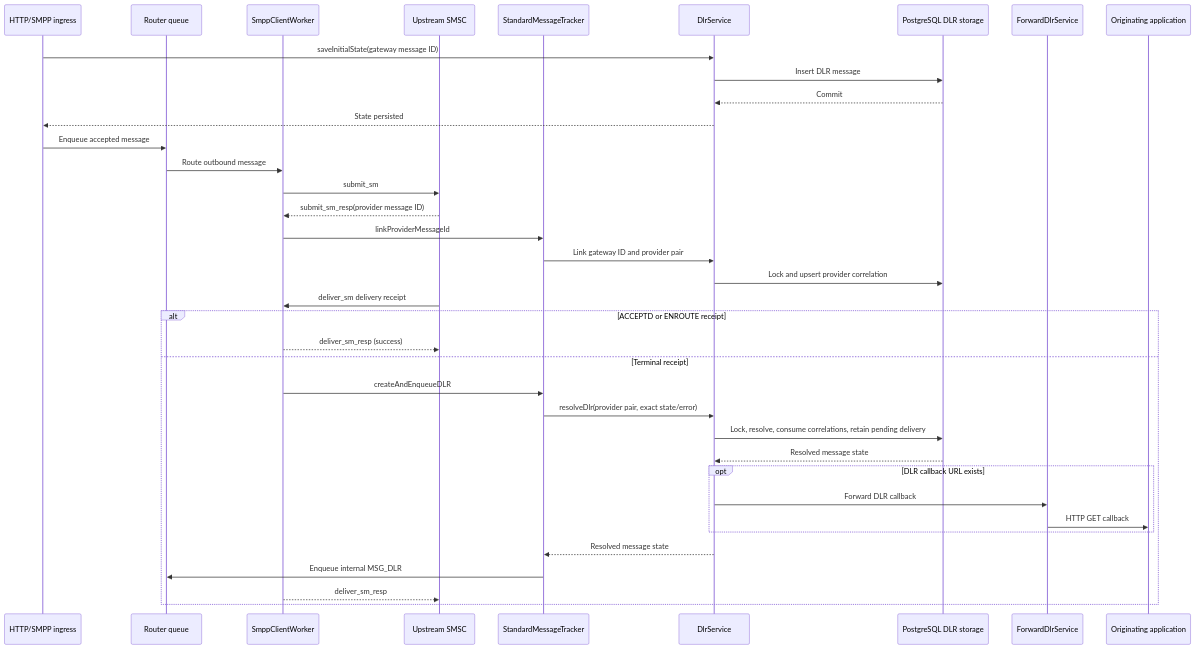
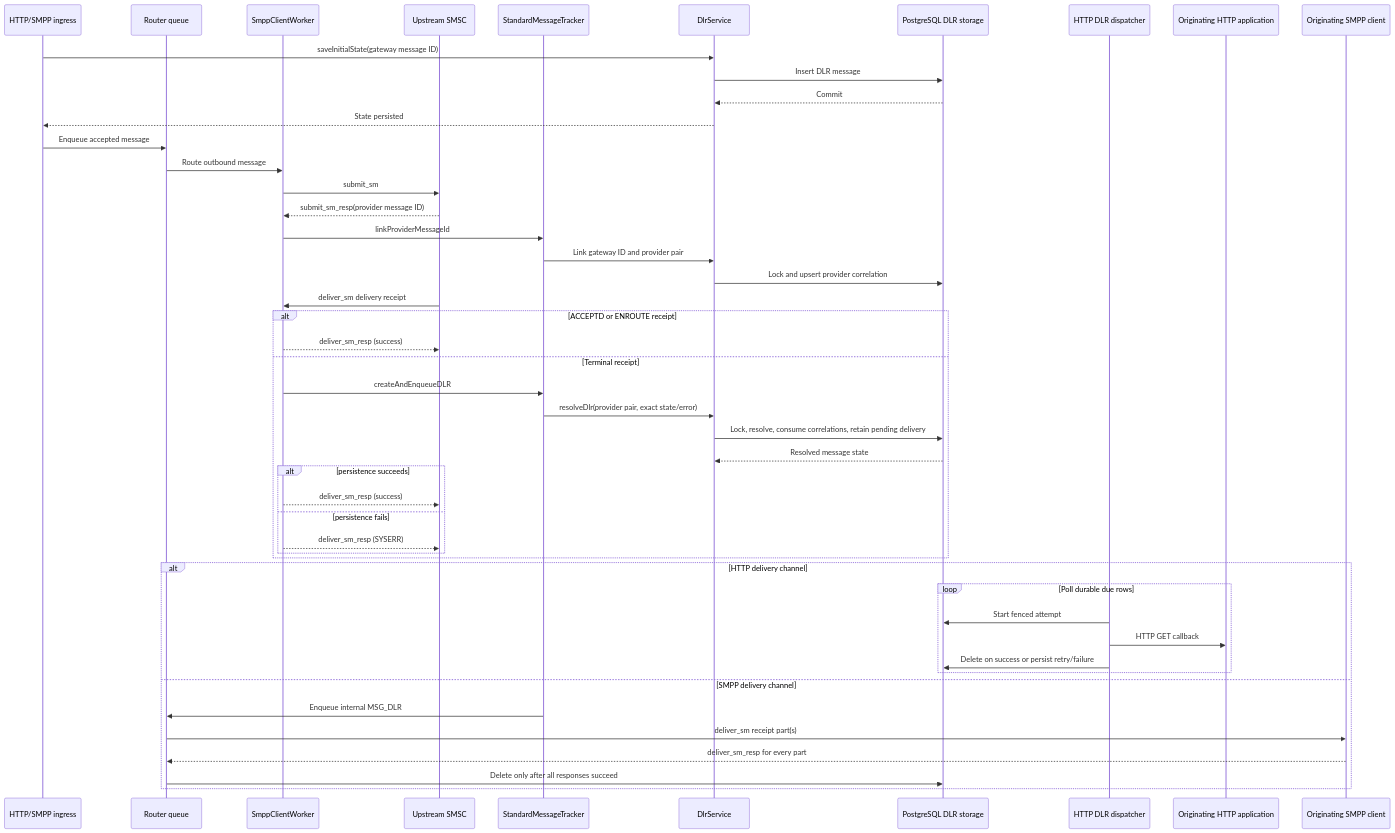
One commit to cytechmobile/sendium changed the fifth of 6 diagrams in docs/01-architecture.md. Above: the diagram before and after it, drawn with Mermaid. The commit also changed other lines of this file and 7 other files, not shown here.

Commit message:
refactor(dlr): defer delivery observability

````diff
--- a/docs/01-architecture.md
+++ b/docs/01-architecture.md
@@ -158,41 +158,53 @@
 ```mermaid
 sequenceDiagram
     participant Ingress as HTTP/SMPP ingress
     participant Router as Router queue
     participant Worker as SmppClientWorker
     participant SMSC as Upstream SMSC
     participant Tracker as StandardMessageTracker
     participant Service as DlrService
     participant Database as PostgreSQL DLR storage
-    participant DLRHook as ForwardDlrService
-    participant App as Originating application
+    participant HTTP as HTTP DLR dispatcher
+    participant App as Originating HTTP application
+    participant SMPPApp as Originating SMPP client
 
     Ingress->>Service: saveInitialState(gateway message ID)
     Service->>Database: Insert DLR message
     Database-->>Service: Commit
     Service-->>Ingress: State persisted
     Ingress->>Router: Enqueue accepted message
     Router->>Worker: Route outbound message
     Worker->>SMSC: submit_sm
     SMSC-->>Worker: submit_sm_resp(provider message ID)
     Worker->>Tracker: linkProviderMessageId
     Tracker->>Service: Link gateway ID and provider pair
     Service->>Database: Lock and upsert provider correlation
 
     SMSC->>Worker: deliver_sm delivery receipt
     alt ACCEPTD or ENROUTE receipt
         Worker-->>SMSC: deliver_sm_resp (success)
     else Terminal receipt
         Worker->>Tracker: createAndEnqueueDLR
         Tracker->>Service: resolveDlr(provider pair, exact state/error)
         Service->>Database: Lock, resolve, consume correlations, retain pending delivery
         Database-->>Service: Resolved message state
-        opt DLR callback URL exists
-            Service->>DLRHook: Forward DLR callback
-            DLRHook->>App: HTTP GET callback
+        alt persistence succeeds
+            Worker-->>SMSC: deliver_sm_resp (success)
+        else persistence fails
+            Worker-->>SMSC: deliver_sm_resp (SYSERR)
         end
-        Service-->>Tracker: Resolved message state
+    end
+
+    alt HTTP delivery channel
+        loop Poll durable due rows
+            HTTP->>Database: Start fenced attempt
+            HTTP->>App: HTTP GET callback
+            HTTP->>Database: Delete on success or persist retry/failure
+        end
+    else SMPP delivery channel
         Tracker->>Router: Enqueue internal MSG_DLR
-        Worker-->>SMSC: deliver_sm_resp
+        Router->>SMPPApp: deliver_sm receipt part(s)
+        SMPPApp-->>Router: deliver_sm_resp for every part
+        Router->>Database: Delete only after all responses succeed
     end
 ```
````
